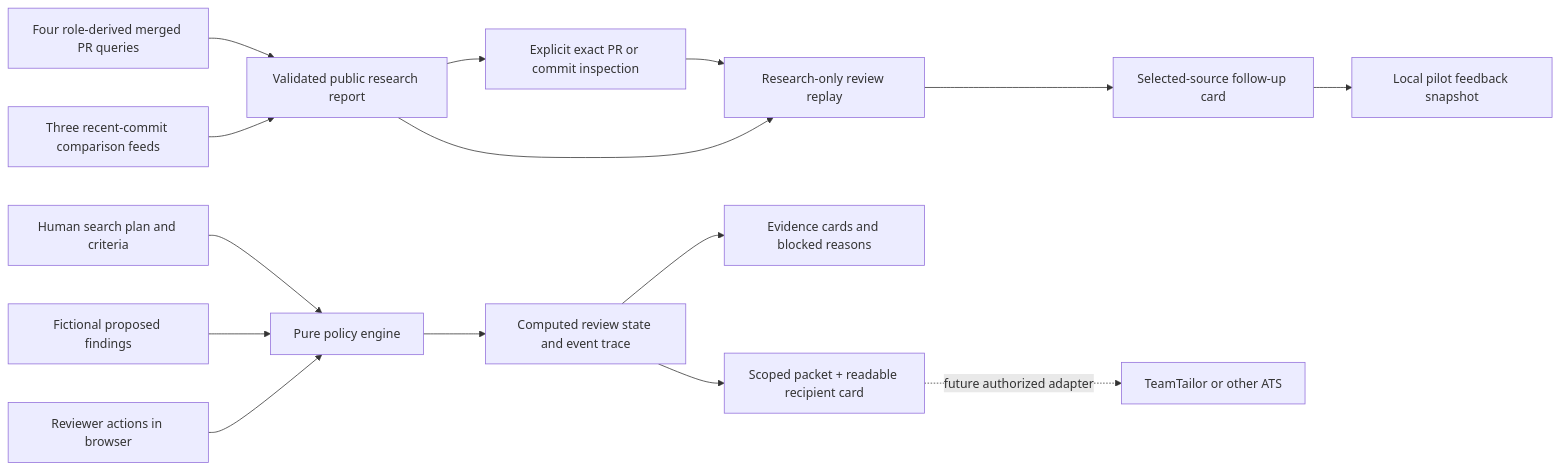
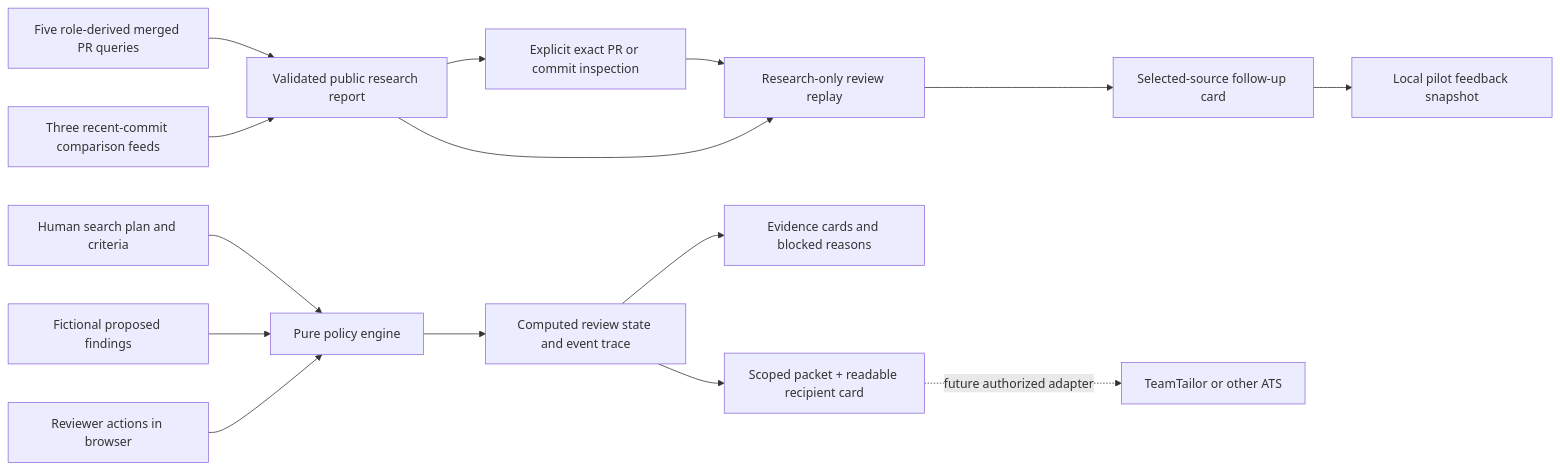
One commit to DiadkoShmek/talent-research-workflow-prototype changed the first of 3 diagrams in docs/architecture.md. Above: the diagram before and after it, drawn with Mermaid. The commit also changed other lines of this file and 35 other files, not shown here.

Commit message:
Add role-aligned video timeline sourcing and repeated PR evidence

````diff
--- a/docs/architecture.md
+++ b/docs/architecture.md
@@ -19,17 +19,17 @@
 ```mermaid
 flowchart LR
-    R[Four role-derived merged PR queries] --> RB[Validated public research report]
+    R[Five role-derived merged PR queries] --> RB[Validated public research report]
     RC[Three recent-commit comparison feeds] --> RB
     RB --> CI[Explicit exact PR or commit inspection]
     CI --> RR
     RB --> RR[Research-only review replay]
     RR --> RH[Selected-source follow-up card]
     RH --> PF[Local pilot feedback snapshot]
     B[Human search plan and criteria] --> E[Pure policy engine]
     F[Fictional proposed findings] --> E
     U[Reviewer actions in browser] --> E
     E --> Q[Computed review state and event trace]
     Q --> V[Evidence cards and blocked reasons]
     Q --> X[Scoped packet + readable recipient card]
     X -. future authorized adapter .-> ATS[TeamTailor or other ATS]
 ```
````
